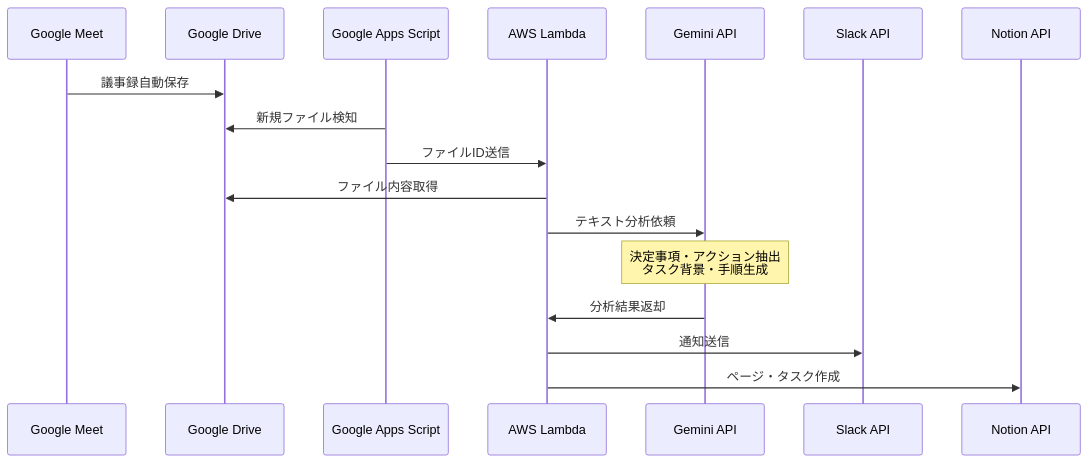
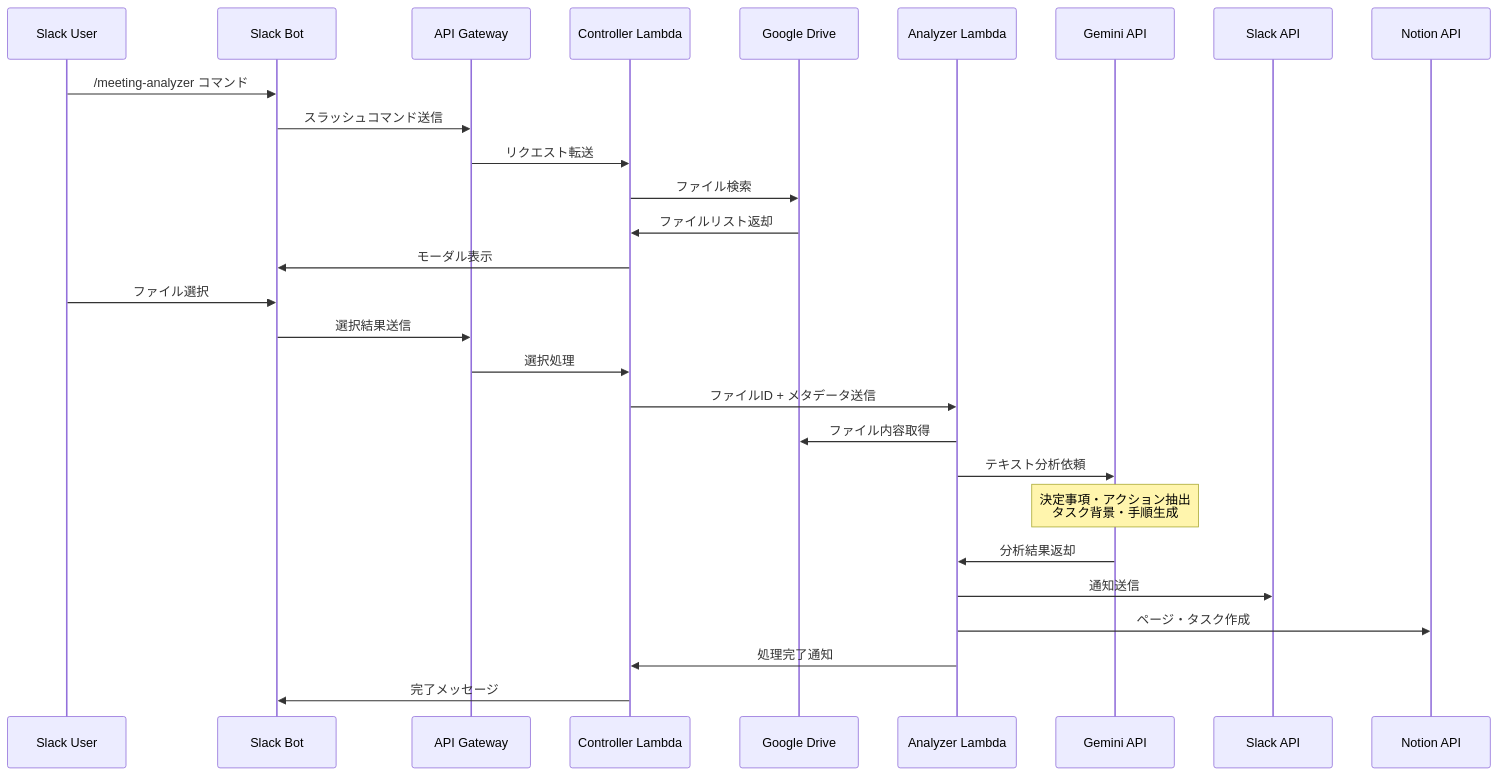
One commit to PenPeen/minutes-analyzer changed the second of 2 diagrams in docs/architecture.md. Above: the diagram before and after it, drawn with Mermaid. The commit also changed other lines of this file, not shown here.

First line of the commit message:
docs: update architecture.md to reflect actual Slack Bot + Lambda implementation

````diff
--- a/docs/architecture.md
+++ b/docs/architecture.md
@@ -58,20 +58,31 @@
 ```mermaid
 sequenceDiagram
-    participant GM as Google Meet
+    participant User as Slack User
+    participant SB as Slack Bot
+    participant API as API Gateway
+    participant CL as Controller Lambda
     participant GD as Google Drive
-    participant GAS as Google Apps Script
-    participant Lambda as AWS Lambda
+    participant AL as Analyzer Lambda
     participant Gemini as Gemini API
     participant Slack as Slack API
     participant Notion as Notion API
 
-    GM->>GD: 議事録自動保存
-    GAS->>GD: 新規ファイル検知
-    GAS->>Lambda: ファイルID送信
-    Lambda->>GD: ファイル内容取得
-    Lambda->>Gemini: テキスト分析依頼
+    User->>SB: /meeting-analyzer コマンド
+    SB->>API: スラッシュコマンド送信
+    API->>CL: リクエスト転送
+    CL->>GD: ファイル検索
+    GD->>CL: ファイルリスト返却
+    CL->>SB: モーダル表示
+    User->>SB: ファイル選択
+    SB->>API: 選択結果送信
+    API->>CL: 選択処理
+    CL->>AL: ファイルID + メタデータ送信
+    AL->>GD: ファイル内容取得
+    AL->>Gemini: テキスト分析依頼
     Note over Gemini: 決定事項・アクション抽出<br/>タスク背景・手順生成
-    Gemini->>Lambda: 分析結果返却
-    Lambda->>Slack: 通知送信
-    Lambda->>Notion: ページ・タスク作成
+    Gemini->>AL: 分析結果返却
+    AL->>Slack: 通知送信
+    AL->>Notion: ページ・タスク作成
+    AL->>CL: 処理完了通知
+    CL->>SB: 完了メッセージ
 ```
````
